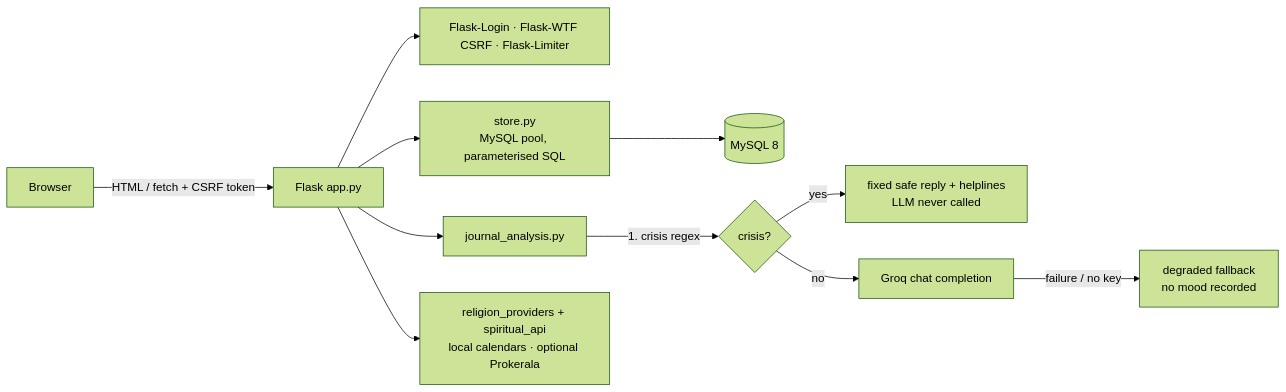
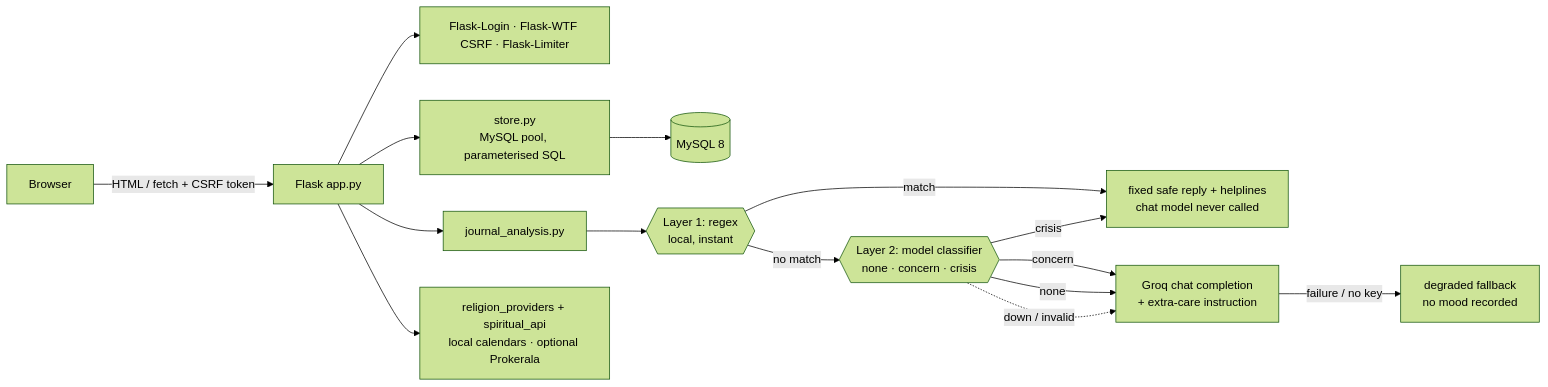
Before and after one commit to Likhitareddy17/Connect: the diagram in README.md, drawn with Mermaid (forest theme). The commit also changed other lines of this file and 10 other files, not shown here.

First line of the commit message:
feat(safety): add a model-based classifier as a second safety layer

````diff
--- a/README.md
+++ b/README.md
@@ -26,13 +26,17 @@
 ```mermaid
 flowchart LR
     B[Browser] -->|HTML / fetch + CSRF token| F[Flask app.py]
     F --> A[Flask-Login · Flask-WTF CSRF · Flask-Limiter]
     F --> S[store.py<br/>MySQL pool, parameterised SQL]
     S --> DB[(MySQL 8)]
     F --> J[journal_analysis.py]
-    J -->|1. crisis regex| C{crisis?}
-    C -- yes --> R[fixed safe reply + helplines<br/>LLM never called]
-    C -- no --> G[Groq chat completion]
+    J --> L1{{"Layer 1: regex<br/>local, instant"}}
+    L1 -- match --> R[fixed safe reply + helplines<br/>chat model never called]
+    L1 -- no match --> L2{{"Layer 2: model classifier<br/>none · concern · crisis"}}
+    L2 -- crisis --> R
+    L2 -- concern --> G[Groq chat completion<br/>+ extra-care instruction]
+    L2 -- none --> G
+    L2 -. "down / invalid" .-> G
     G -->|failure / no key| FB[degraded fallback<br/>no mood recorded]
     F --> P[religion_providers + spiritual_api<br/>local calendars · optional Prokerala]
 ```
````
